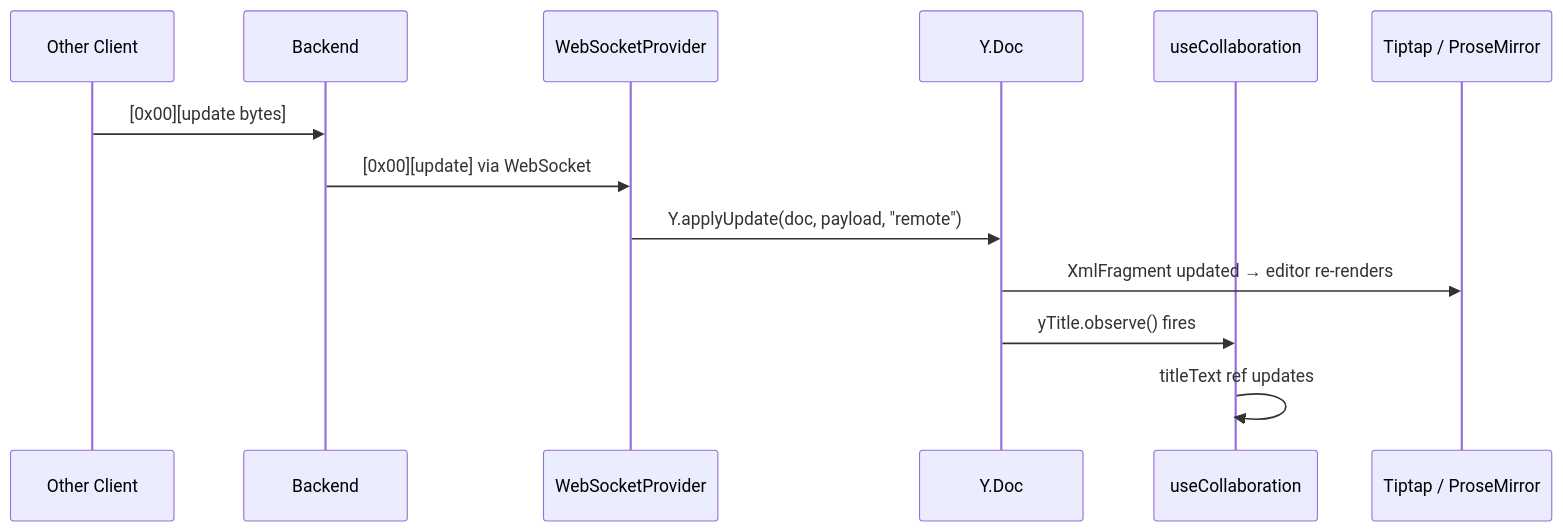
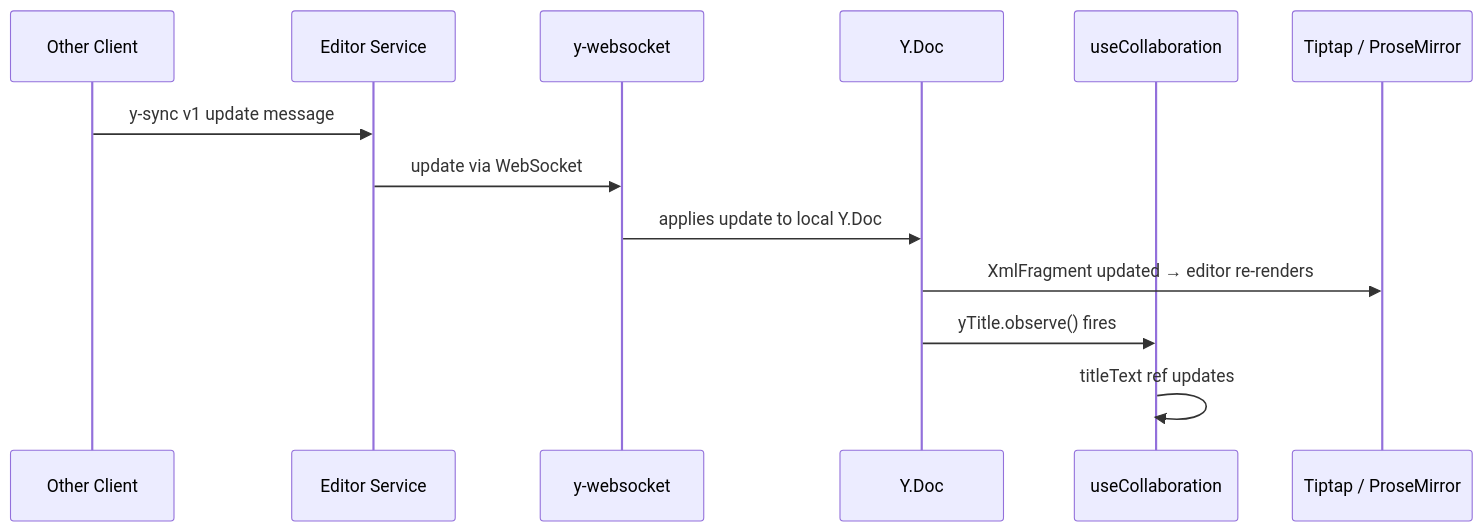
Before and after one commit to MySeaLeeOom/basic_structure: the tenth of 13 diagrams in srcs/requirements/frontend/docs/dev/tiptap-yjs-summary.md, drawn with Mermaid. The commit also changed other lines of this file and 6 other files, not shown here.

First line of the commit message:
Update dev docs for y-websocket architecture and condense obsolete content

````diff
--- a/srcs/requirements/frontend/docs/dev/tiptap-yjs-summary.md
+++ b/srcs/requirements/frontend/docs/dev/tiptap-yjs-summary.md
@@ -568,16 +494,16 @@
 ```mermaid
 sequenceDiagram
     participant Remote as Other Client
-    participant Server as Backend
-    participant WSP as WebSocketProvider
+    participant Server as Editor Service
+    participant YWS as y-websocket
     participant YDoc as Y.Doc
     participant Collab as useCollaboration
     participant Tiptap as Tiptap / ProseMirror
 
-    Remote->>Server: [0x00][update bytes]
-    Server->>WSP: [0x00][update] via WebSocket
-    WSP->>YDoc: Y.applyUpdate(doc, payload, "remote")
+    Remote->>Server: y-sync v1 update message
+    Server->>YWS: update via WebSocket
+    YWS->>YDoc: applies update to local Y.Doc
     YDoc->>Tiptap: XmlFragment updated → editor re-renders
     YDoc->>Collab: yTitle.observe() fires
     Collab->>Collab: titleText ref updates
 ```
````
